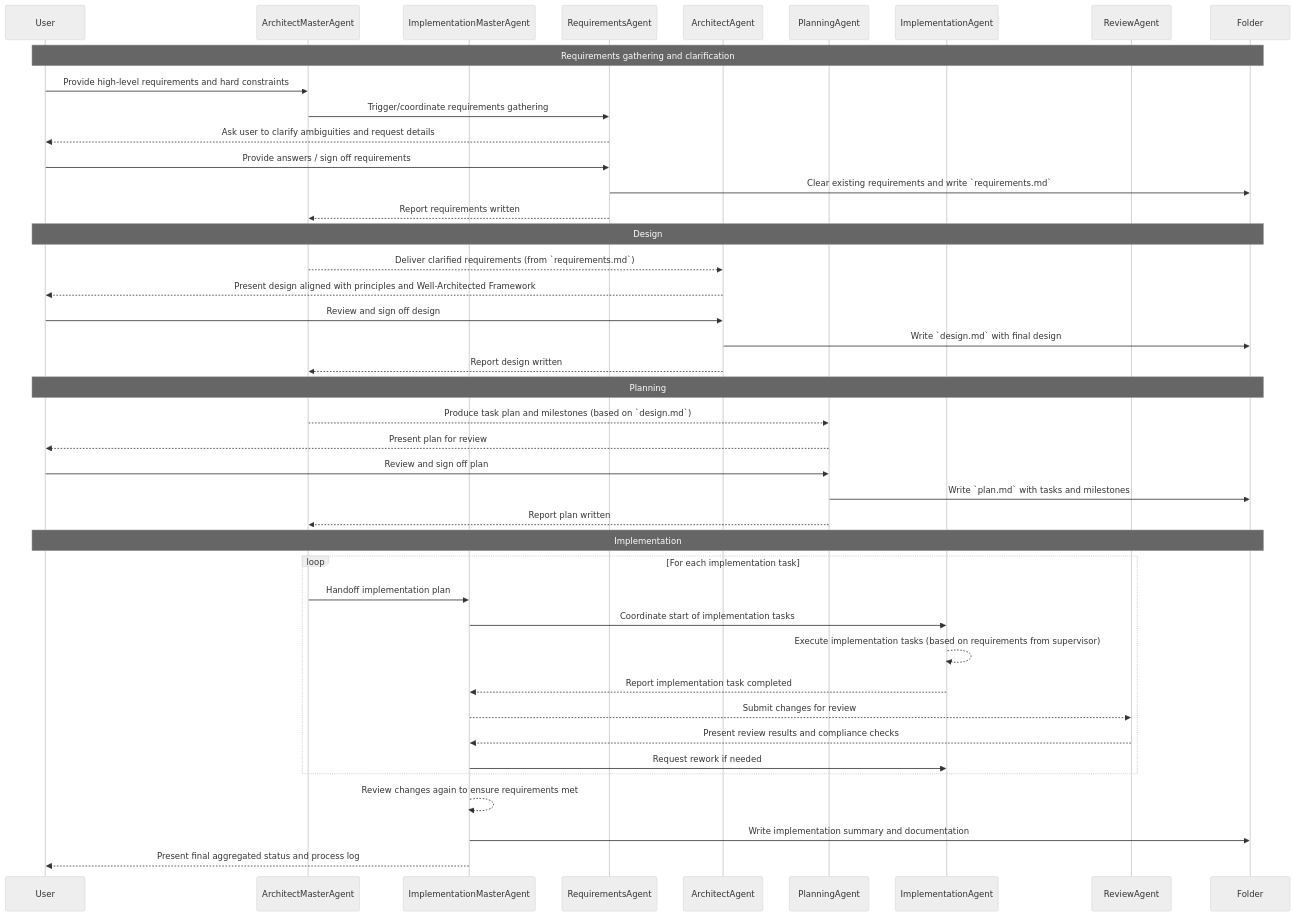
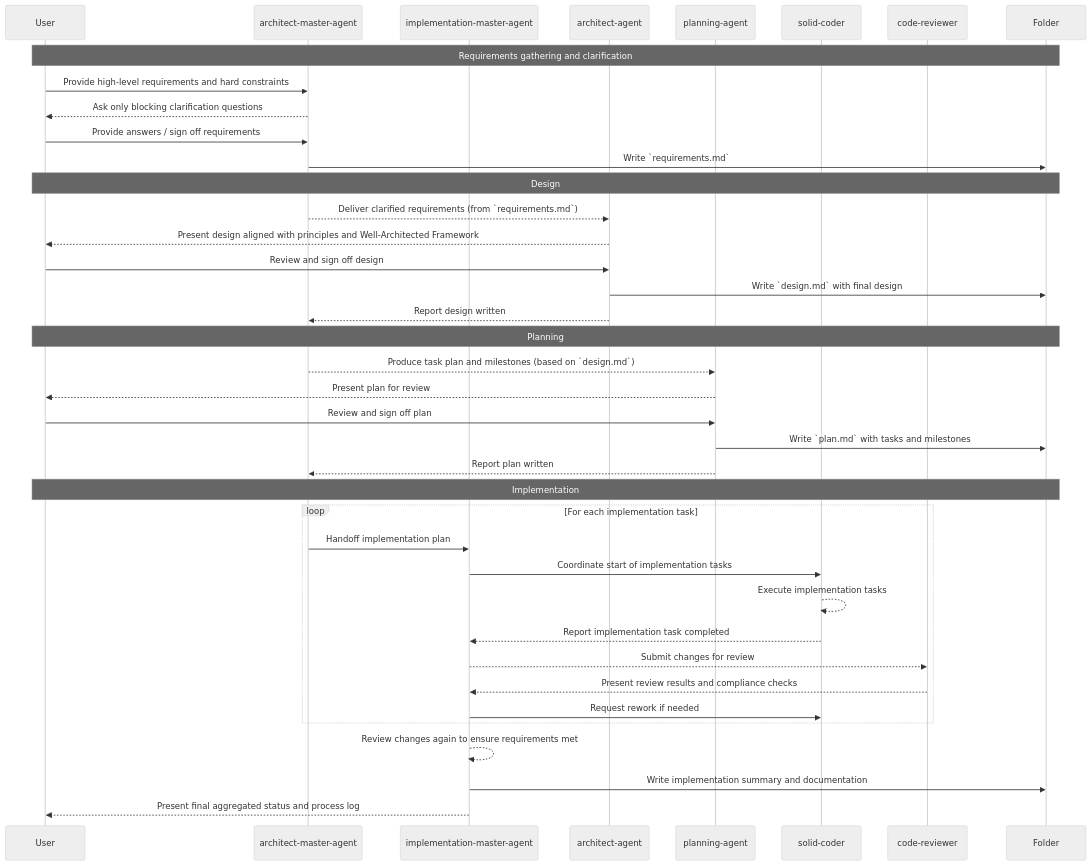
One commit to khaitranhq/dotfiles changed the diagram in AI.md. Above: the diagram before and after it, drawn with Mermaid (neutral theme). The commit also changed other lines of this file and 37 other files, not shown here.

````diff
--- a/AI.md
+++ b/AI.md
@@ -38,48 +38,45 @@
 ```mermaid
 sequenceDiagram
   participant User
-  participant ArchitectMasterAgent
-  participant ImplementationMasterAgent
-  participant RequirementsAgent
-  participant ArchitectAgent
-  participant PlanningAgent
-  participant ImplementationAgent
-  participant ReviewAgent
+  participant ArchMaster as architect-master-agent
+  participant ImplMaster as implementation-master-agent
+  participant Architect as architect-agent
+  participant Planner as planning-agent
+  participant SolidCoder as solid-coder
+  participant CodeReviewer as code-reviewer
   participant AI_Folder as Folder
 
   Note over User,AI_Folder: Requirements gathering and clarification
-  User->>ArchitectMasterAgent: Provide high-level requirements and hard constraints
-  ArchitectMasterAgent->>RequirementsAgent: Trigger/coordinate requirements gathering
-  RequirementsAgent-->>User: Ask user to clarify ambiguities and request details
-  User->>RequirementsAgent: Provide answers / sign off requirements
-  RequirementsAgent->>AI_Folder: Clear existing requirements and write `requirements.md`
-  RequirementsAgent-->>ArchitectMasterAgent: Report requirements written
+  User->>ArchMaster: Provide high-level requirements and hard constraints
+  ArchMaster-->>User: Ask only blocking clarification questions
+  User->>ArchMaster: Provide answers / sign off requirements
+  ArchMaster->>AI_Folder: Write `requirements.md`
 
   Note over User,AI_Folder: Design
-  ArchitectMasterAgent-->>ArchitectAgent: Deliver clarified requirements (from `requirements.md`)
-  ArchitectAgent-->>User: Present design aligned with principles and Well-Architected Framework
-  User->>ArchitectAgent: Review and sign off design
-  ArchitectAgent->>AI_Folder: Write `design.md` with final design
-  ArchitectAgent-->>ArchitectMasterAgent: Report design written
+  ArchMaster-->>Architect: Deliver clarified requirements (from `requirements.md`)
+  Architect-->>User: Present design aligned with principles and Well-Architected Framework
+  User->>Architect: Review and sign off design
+  Architect->>AI_Folder: Write `design.md` with final design
+  Architect-->>ArchMaster: Report design written
 
   Note over User,AI_Folder: Planning
-  ArchitectMasterAgent-->>PlanningAgent: Produce task plan and milestones (based on `design.md`)
-  PlanningAgent-->>User: Present plan for review
-  User->>PlanningAgent: Review and sign off plan
-  PlanningAgent->>AI_Folder: Write `plan.md` with tasks and milestones
-  PlanningAgent-->>ArchitectMasterAgent: Report plan written
+  ArchMaster-->>Planner: Produce task plan and milestones (based on `design.md`)
+  Planner-->>User: Present plan for review
+  User->>Planner: Review and sign off plan
+  Planner->>AI_Folder: Write `plan.md` with tasks and milestones
+  Planner-->>ArchMaster: Report plan written
 
   Note over User,AI_Folder: Implementation
   loop For each implementation task
-    ArchitectMasterAgent->>ImplementationMasterAgent: Handoff implementation plan
-    ImplementationMasterAgent->>ImplementationAgent: Coordinate start of implementation tasks
-    ImplementationAgent-->>ImplementationAgent: Execute implementation tasks (based on requirements from supervisor)
-    ImplementationAgent-->>ImplementationMasterAgent: Report implementation task completed
-    ImplementationMasterAgent-->>ReviewAgent: Submit changes for review
-    ReviewAgent-->>ImplementationMasterAgent: Present review results and compliance checks
-    ImplementationMasterAgent->>ImplementationAgent: Request rework if needed
+    ArchMaster->>ImplMaster: Handoff implementation plan
+    ImplMaster->>SolidCoder: Coordinate start of implementation tasks
+    SolidCoder-->>SolidCoder: Execute implementation tasks
+    SolidCoder-->>ImplMaster: Report implementation task completed
+    ImplMaster-->>CodeReviewer: Submit changes for review
+    CodeReviewer-->>ImplMaster: Present review results and compliance checks
+    ImplMaster->>SolidCoder: Request rework if needed
   end
-  ImplementationMasterAgent-->>ImplementationMasterAgent: Review changes again to ensure requirements met
-  ImplementationMasterAgent->>AI_Folder: Write implementation summary and documentation
-  ImplementationMasterAgent-->>User: Present final aggregated status and process log
+  ImplMaster-->>ImplMaster: Review changes again to ensure requirements met
+  ImplMaster->>AI_Folder: Write implementation summary and documentation
+  ImplMaster-->>User: Present final aggregated status and process log
 ```
````
